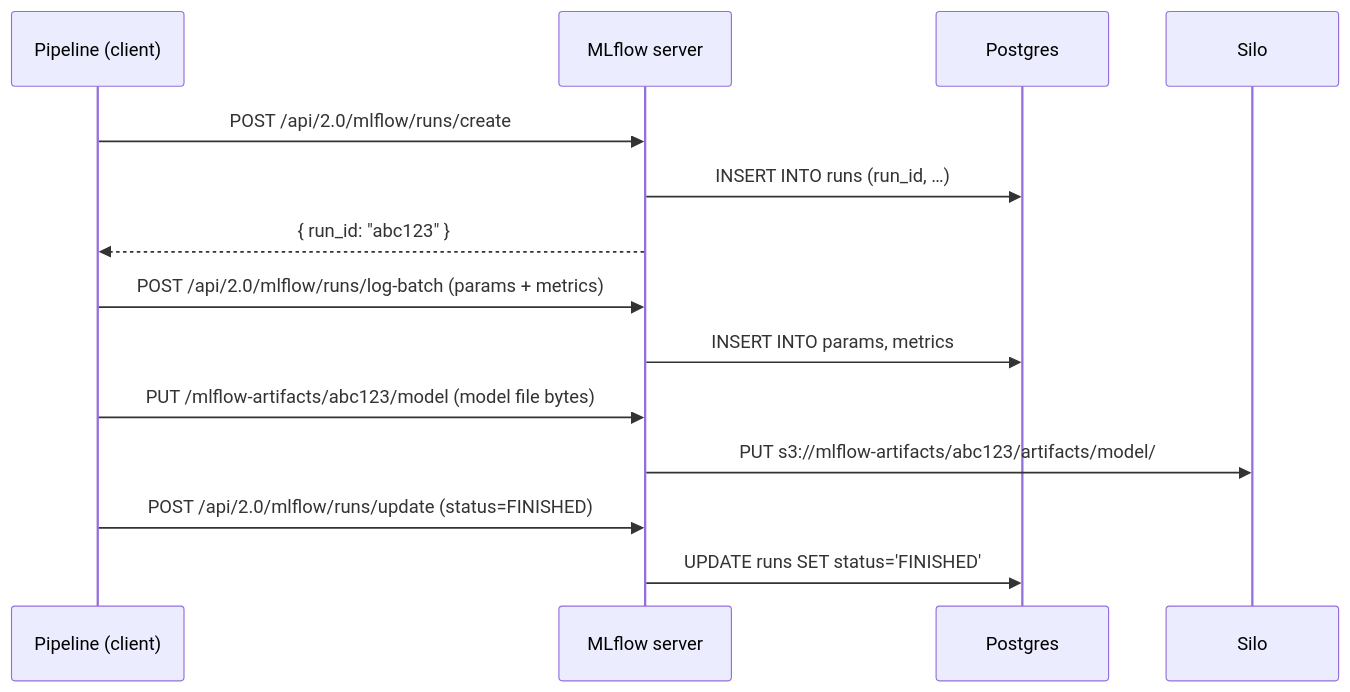
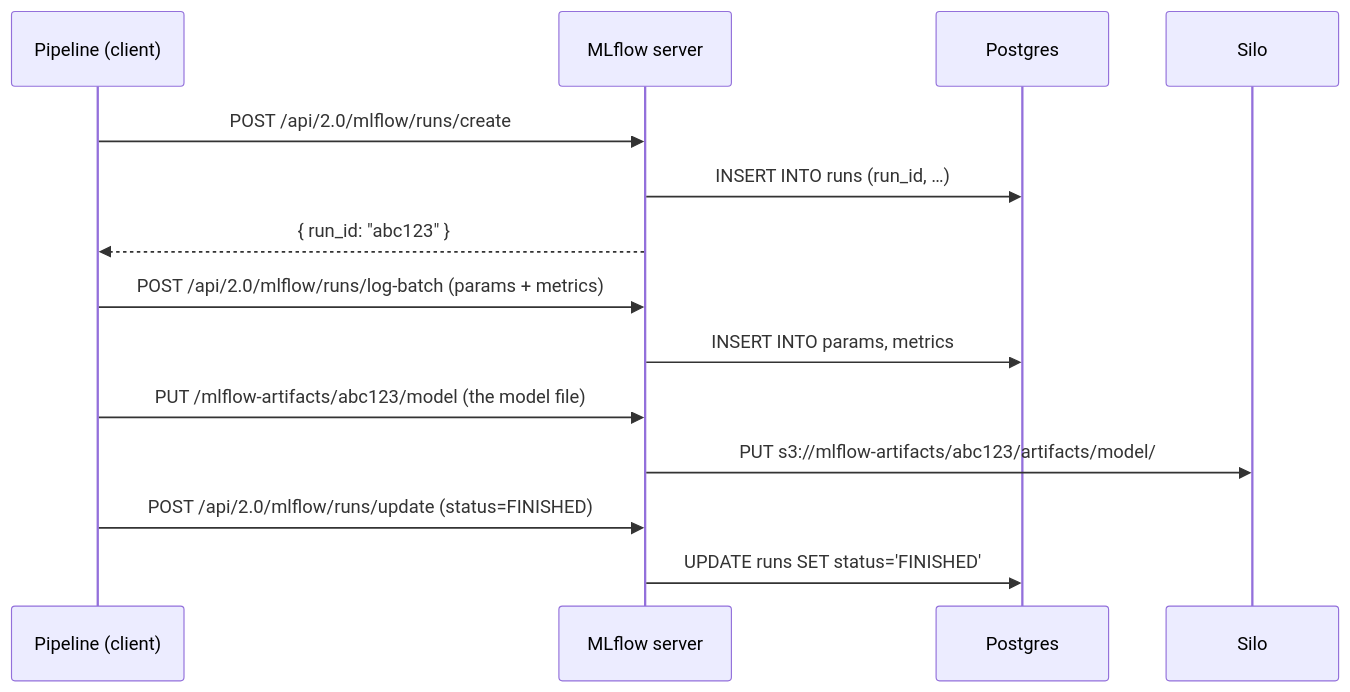
The sixth of 7 diagrams in lectures/week-02-reproducible-runtimes/slides.md (Fava00/mlops-course), drawn with Mermaid before and after one commit. The commit also changed 141 other files, not shown here.

````diff
--- a/lectures/week-02-reproducible-runtimes/slides.md
+++ b/lectures/week-02-reproducible-runtimes/slides.md
@@ -400,20 +400,20 @@
 ```mermaid
 sequenceDiagram
     participant P as Pipeline (client)
     participant S as MLflow server
     participant DB as Postgres
     participant OBJ as Silo
 
     P->>S: POST /api/2.0/mlflow/runs/create
     S->>DB: INSERT INTO runs (run_id, …)
     S-->>P: { run_id: "abc123" }
 
     P->>S: POST /api/2.0/mlflow/runs/log-batch (params + metrics)
     S->>DB: INSERT INTO params, metrics
 
-    P->>S: PUT /mlflow-artifacts/abc123/model (model file bytes)
+    P->>S: PUT /mlflow-artifacts/abc123/model (the model file)
     S->>OBJ: PUT s3://mlflow-artifacts/abc123/artifacts/model/
 
     P->>S: POST /api/2.0/mlflow/runs/update (status=FINISHED)
     S->>DB: UPDATE runs SET status='FINISHED'
 ```
````
